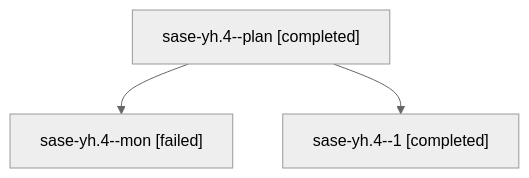
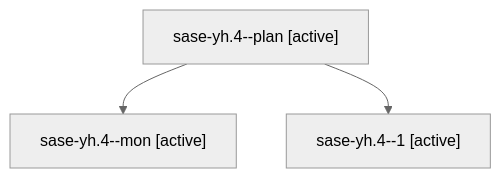
Before and after one commit to sase-org/sase--agents: the diagram in families/bbugyi200.athena.sase-yh.4.md, drawn with Mermaid (neutral theme). The commit also changed other lines of this file and 35830 other files, not shown here.

````diff
--- a/families/bbugyi200.athena.sase-yh.4.md
+++ b/families/bbugyi200.athena.sase-yh.4.md
@@ -9,8 +9,8 @@
 ```mermaid
 flowchart TD
-  n0["sase-yh.4--plan [completed]"]
-  n1["sase-yh.4--mon [failed]"]
+  n0["sase-yh.4--plan [active]"]
+  n1["sase-yh.4--mon [active]"]
   n0 --> n1
-  n2["sase-yh.4--1 [completed]"]
+  n2["sase-yh.4--1 [active]"]
   n0 --> n2
 ```
````
